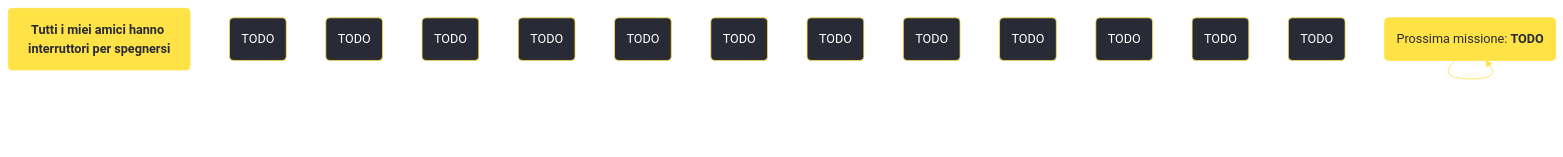
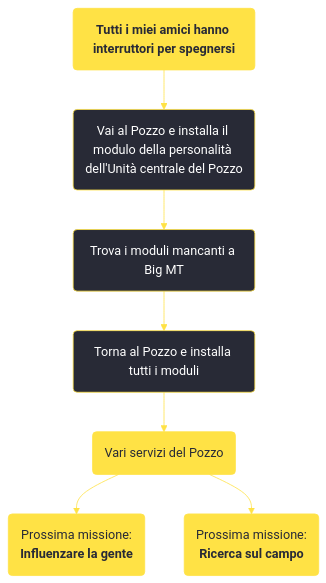
The diagram in content/voci/fallout new vegas/missioni/Tutti i miei amici hanno interruttori per spegnersi.md (persy/wastelander), drawn with Mermaid before and after one commit. The commit also changed 174 other files, not shown here.

````diff
--- a/content/voci/fallout new vegas/missioni/Tutti i miei amici hanno interruttori per spegnersi.md
+++ b/content/voci/fallout new vegas/missioni/Tutti i miei amici hanno interruttori per spegnersi.md
@@ -32,24 +32,18 @@
 ```mermaid
 %%{init: {'theme': 'base', 'themeVariables': { 'primaryColor': '#282a36', 'primaryBorderColor': '#ffe245', 'primaryTextColor': '#fff', 'lineColor': '#ffe245', 'fontFamily': 'Jura'}}}%%
 graph TD;
     id1(<b>Tutti i miei amici hanno interruttori per spegnersi</b>):::questfnv
-    id2(TODO)
-    id3(TODO)
-    id4(TODO)
-    id5(TODO)
-    id6(TODO)
-    id7(TODO) 
-    id8(TODO)
-    id9(TODO)
-    id10(TODO)
-    id11(TODO)
-    id12(TODO)
-    id13(TODO) 
-    id(TODO):::rewardfnv
-    id(Prossima missione: <b>TODO</b>):::questfnv
-    id-->id-->id-->id-->id-->id-->id
+    id2(Vai al Pozzo e installa il modulo della personalità dell'Unità centrale del Pozzo)
+    id3(Trova i moduli mancanti a Big MT)
+    id4(Torna al Pozzo e installa tutti i moduli)
+    id5(Vari servizi del Pozzo):::rewardfnv
+    id6(Prossima missione: <br /><b>Influenzare la gente</b>):::questfnv
+    id7(Prossima missione: <br /><b>Ricerca sul campo</b>):::questfnv
+
+    id1-->id2-->id3-->id4-->id5-->id6 & id7
     
-    click id "../TODO"
+    click id "../influenzare-la-gente"
+    click id "../ricerca-sul-campo"
     classDef rewardfnv fill:#ffe245, stroke:#ffe245, color:#282a36;
     classDef questfnv fill:#ffe245, stroke:#ffe245, color:#282a36;
 ```
````
